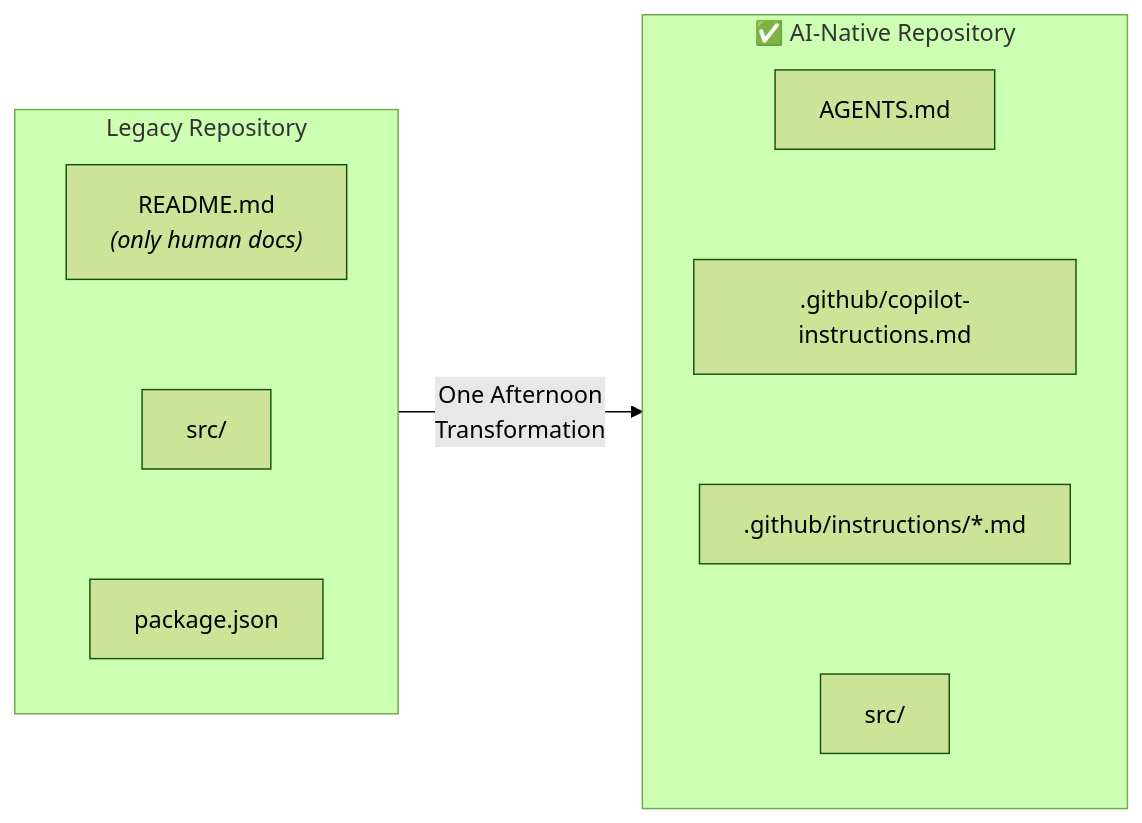
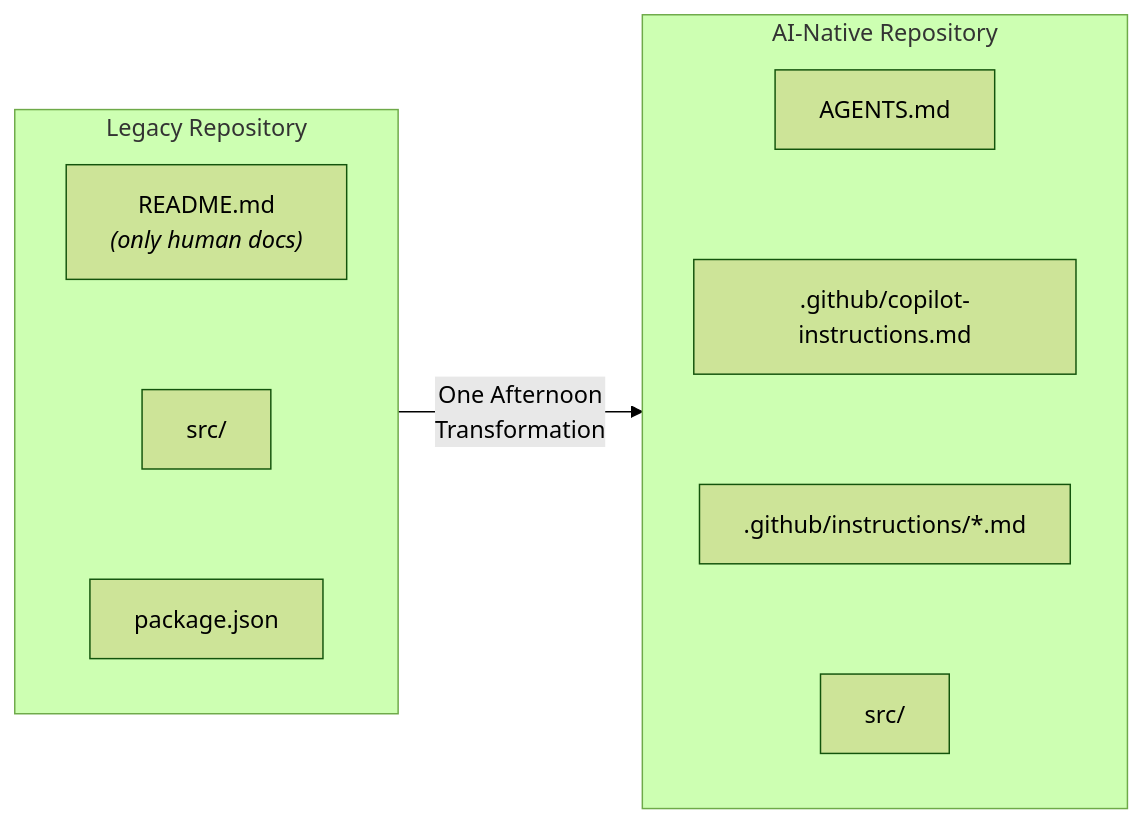
The first of 23 diagrams in context-engineering-tech-talk.md (HipsterZipster/context-management-presentation), drawn with Mermaid (forest theme) before and after one commit. The commit also changed other lines of this file and 50 other files, not shown here.

````diff
--- a/context-engineering-tech-talk.md
+++ b/context-engineering-tech-talk.md
@@ -11,21 +11,21 @@
 ```mermaid
 graph LR
     subgraph Before["Legacy Repository"]
         direction TB
         B1["README.md<br/><i>(only human docs)</i>"]
         B2["src/"]
         B3["package.json"]
         B1 ~~~ B2 ~~~ B3
     end
 
-    subgraph After["✅ AI-Native Repository"]
+    subgraph After["AI-Native Repository"]
         direction TB
         A1["AGENTS.md"]
         A2[".github/copilot-instructions.md"]
         A3[".github/instructions/*.md"]
         A4["src/"]
         A1 ~~~ A2 ~~~ A3 ~~~ A4
     end
 
     Before -- "One Afternoon<br/>Transformation" --> After
 ```
````
